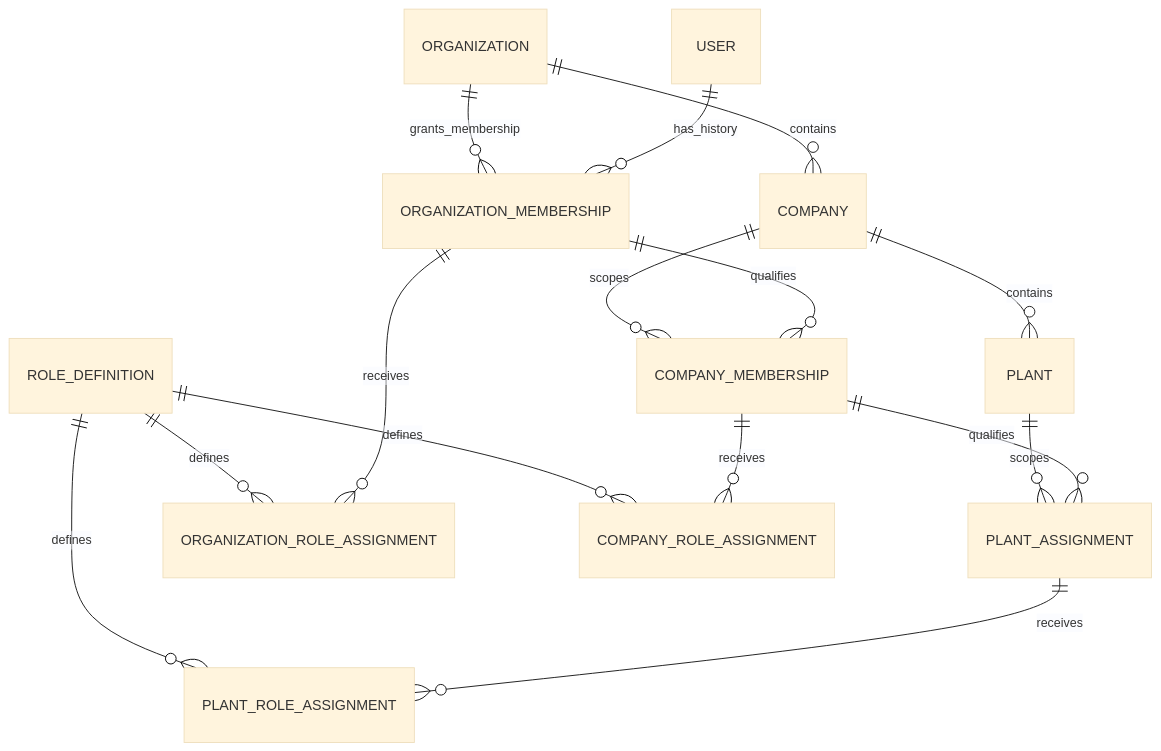
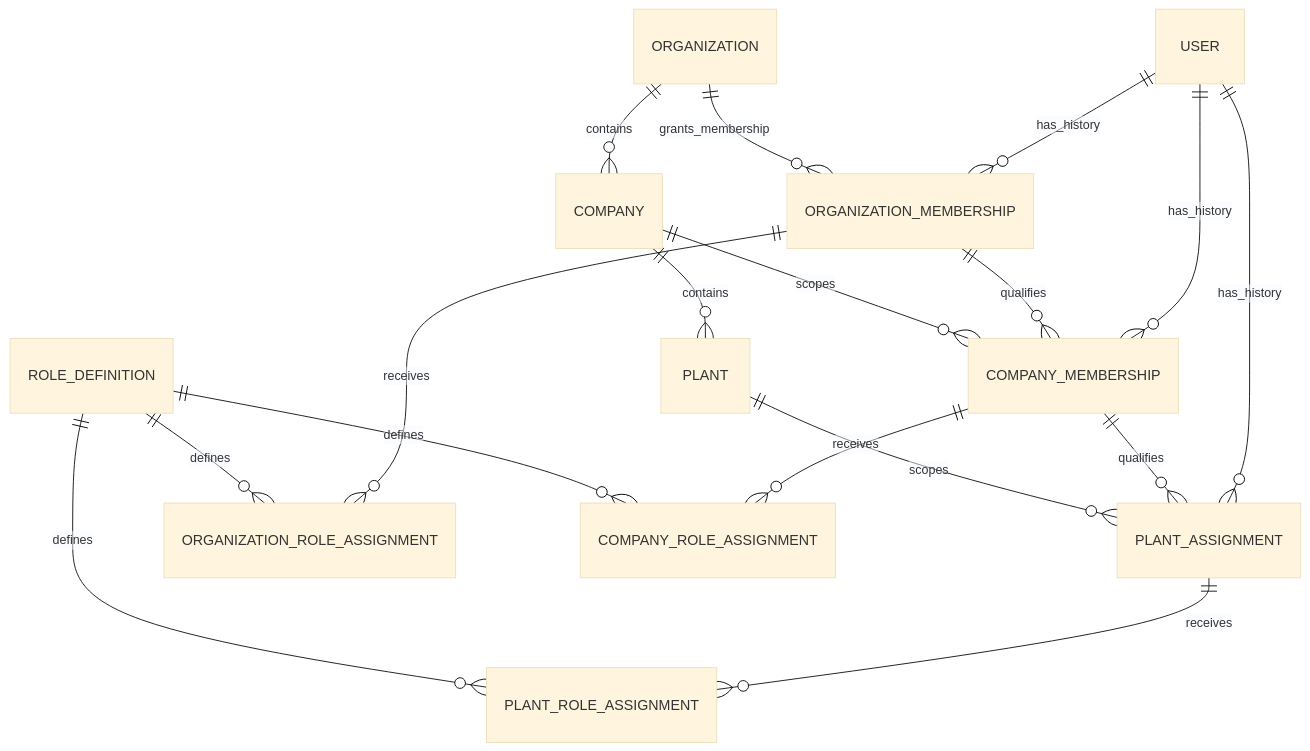
Before and after one commit to fandyajpo/sap_core: the diagram in docs/phase-0.3/v04-tenant-scope-model-design.md, drawn with Mermaid (base theme). The commit also changed other lines of this file, not shown here.

Commit message:
docs(phase-0.3): approve membership relationship edges

````diff
--- a/docs/phase-0.3/v04-tenant-scope-model-design.md
+++ b/docs/phase-0.3/v04-tenant-scope-model-design.md
@@ -220,17 +268,19 @@
 ```mermaid
 erDiagram
     USER ||--o{ ORGANIZATION_MEMBERSHIP : has_history
     ORGANIZATION ||--o{ ORGANIZATION_MEMBERSHIP : grants_membership
+    USER ||--o{ COMPANY_MEMBERSHIP : has_history
+    USER ||--o{ PLANT_ASSIGNMENT : has_history
     ORGANIZATION ||--o{ COMPANY : contains
     COMPANY ||--o{ PLANT : contains
     ORGANIZATION_MEMBERSHIP ||--o{ COMPANY_MEMBERSHIP : qualifies
     COMPANY ||--o{ COMPANY_MEMBERSHIP : scopes
     COMPANY_MEMBERSHIP ||--o{ PLANT_ASSIGNMENT : qualifies
     PLANT ||--o{ PLANT_ASSIGNMENT : scopes
     ORGANIZATION_MEMBERSHIP ||--o{ ORGANIZATION_ROLE_ASSIGNMENT : receives
     COMPANY_MEMBERSHIP ||--o{ COMPANY_ROLE_ASSIGNMENT : receives
     PLANT_ASSIGNMENT ||--o{ PLANT_ROLE_ASSIGNMENT : receives
     ROLE_DEFINITION ||--o{ ORGANIZATION_ROLE_ASSIGNMENT : defines
     ROLE_DEFINITION ||--o{ COMPANY_ROLE_ASSIGNMENT : defines
     ROLE_DEFINITION ||--o{ PLANT_ROLE_ASSIGNMENT : defines
 ```
````
